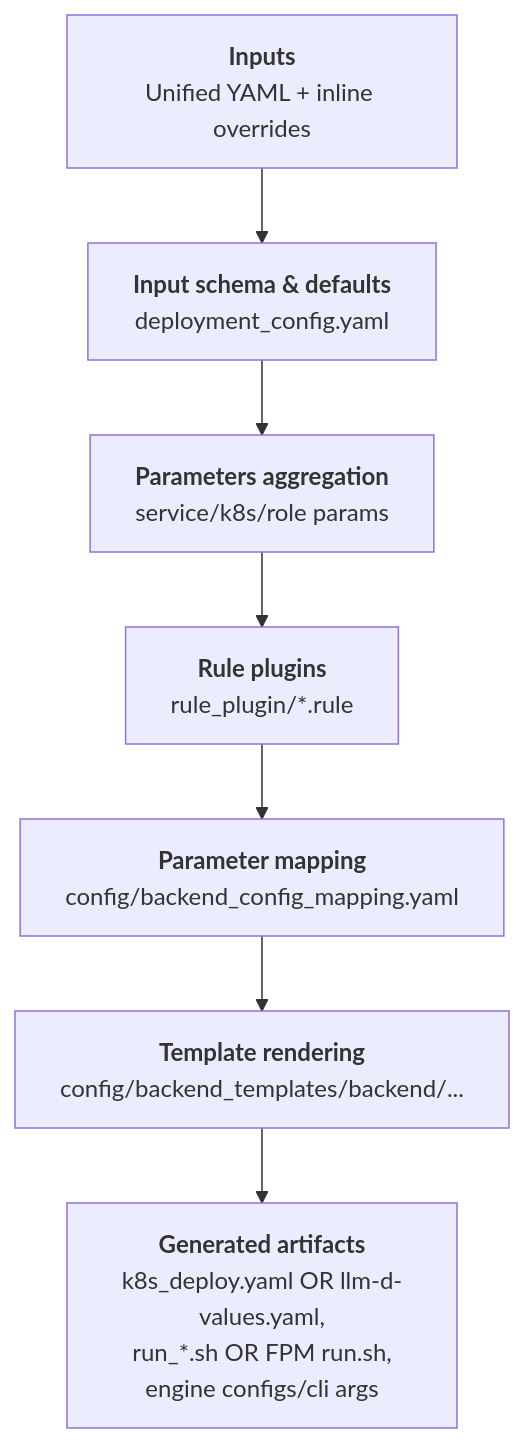
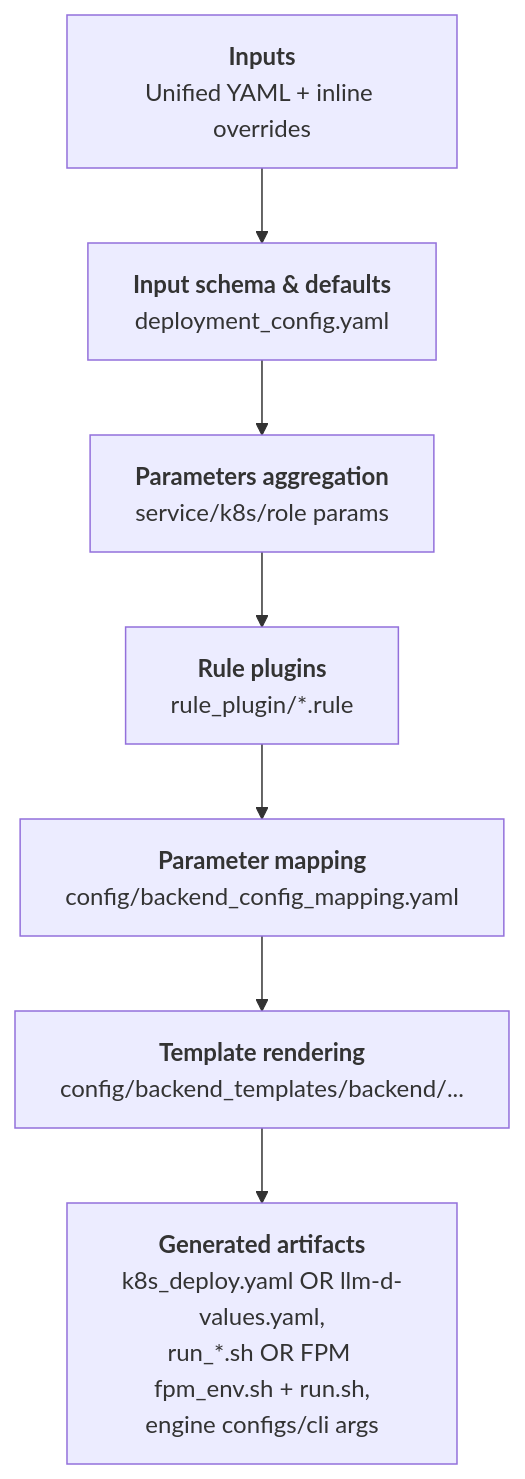
One commit to ai-dynamo/aiconfigurator changed the diagram in docs/generator_overview.md. Above: the diagram before and after it, drawn with Mermaid. The commit also changed other lines of this file and 8 other files, not shown here.

````diff
--- a/docs/generator_overview.md
+++ b/docs/generator_overview.md
@@ -6,9 +6,9 @@
 ```mermaid
 flowchart TD
   A[<b>Inputs</b><br/>Unified YAML + inline overrides] --> B[<b>Input schema & defaults</b><br/>deployment_config.yaml]
   B --> C[<b>Parameters aggregation</b><br/>service/k8s/role params]
   C --> D[<b>Rule plugins</b><br/>rule_plugin/*.rule]
   D --> E[<b>Parameter mapping</b><br/>config/backend_config_mapping.yaml]
   E --> F[<b>Template rendering</b><br/>config/backend_templates/backend/...]
-  F --> G[<b>Generated artifacts</b><br/>k8s_deploy.yaml OR llm-d-values.yaml,<br/>run_*.sh OR FPM run.sh,<br/>engine configs/cli args]
+  F --> G[<b>Generated artifacts</b><br/>k8s_deploy.yaml OR llm-d-values.yaml,<br/>run_*.sh OR FPM fpm_env.sh + run.sh,<br/>engine configs/cli args]
 ```
````
